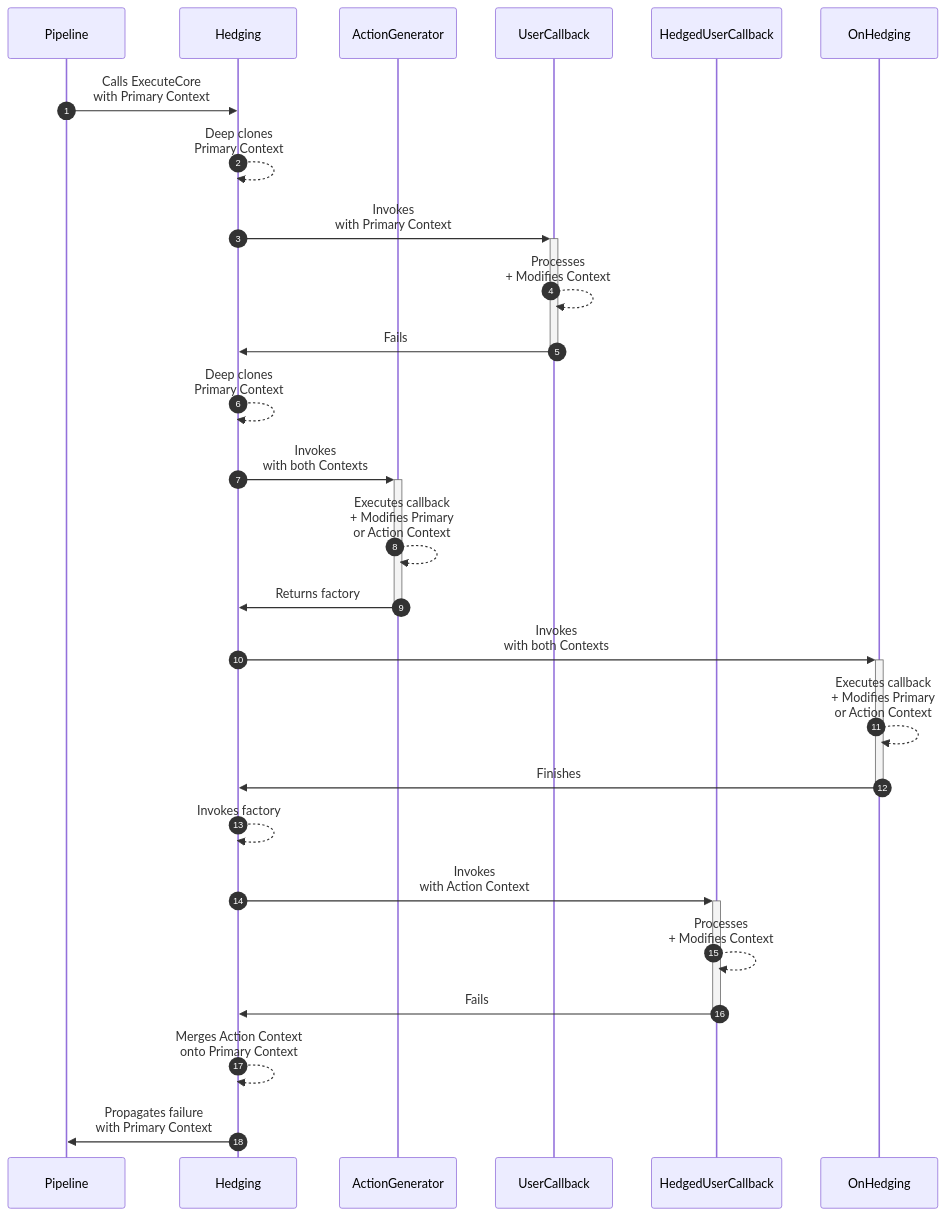
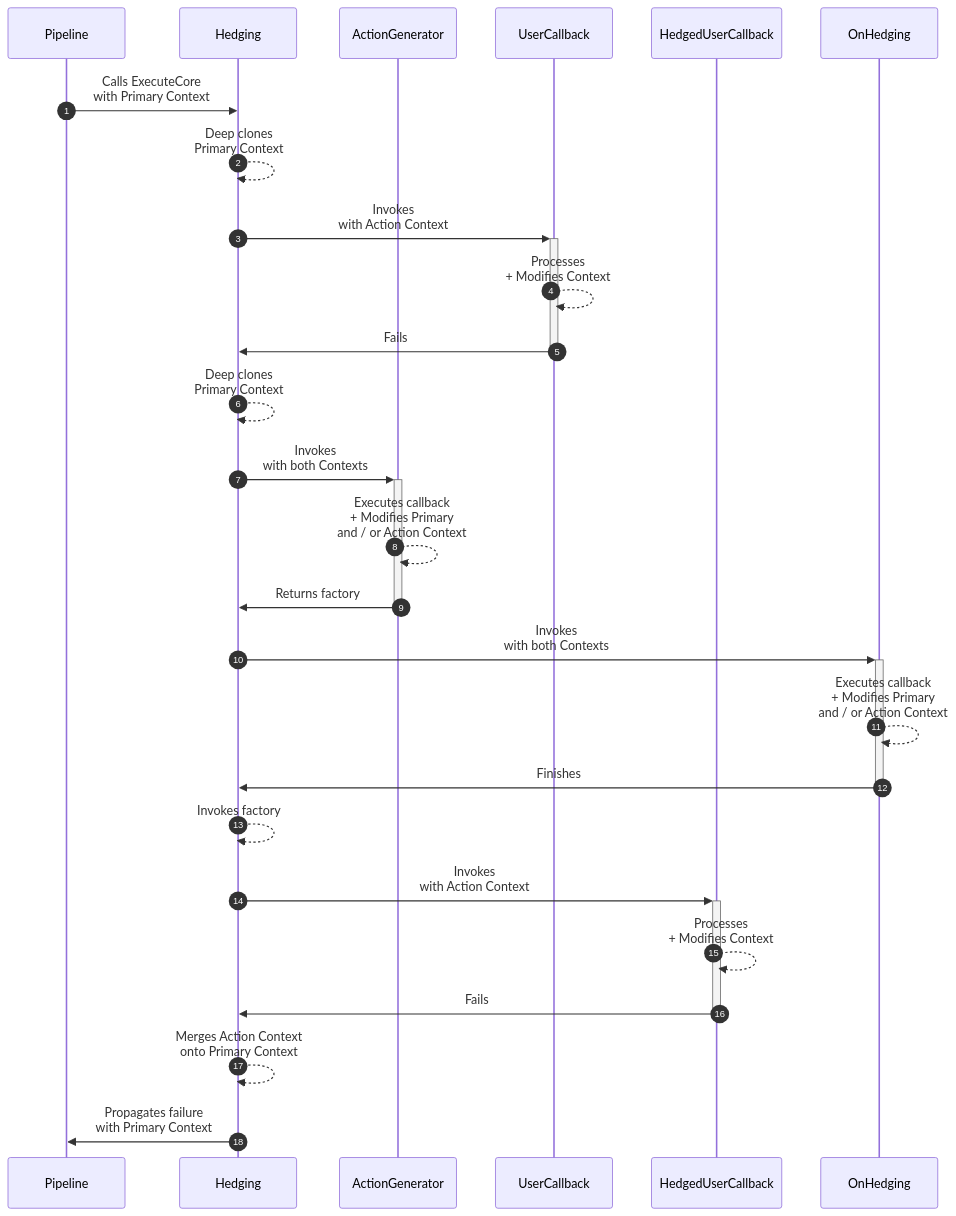
Before and after one commit to App-vNext/Polly: the ninth of 10 diagrams in docs/strategies/hedging.md, drawn with Mermaid.

Commit message:
Update diagram due to recent changes

````diff
--- a/docs/strategies/hedging.md
+++ b/docs/strategies/hedging.md
@@ -478,34 +478,34 @@
 ```mermaid
 sequenceDiagram
     autonumber
     participant P as Pipeline
     participant H as Hedging
     participant AG as ActionGenerator
     participant UC as UserCallback
     participant HUC as HedgedUserCallback
     participant OH as OnHedging
 
     P->>H: Calls ExecuteCore <br/>with Primary Context
     H-->>H: Deep clones <br/>Primary Context
 
-    H->>+UC: Invokes <br/>with Primary Context
+    H->>+UC: Invokes <br/>with Action Context
     UC-->>UC: Processes <br/>+ Modifies Context
     UC->>-H: Fails
 
     H-->>H: Deep clones <br/>Primary Context
     H->>+AG: Invokes <br/>with both Contexts
-    AG-->>AG: Executes callback <br/>+ Modifies Primary <br/> or Action Context
+    AG-->>AG: Executes callback <br/>+ Modifies Primary <br/> and / or Action Context
     AG->>-H: Returns factory
 
     H->>+OH: Invokes <br/>with both Contexts
-    OH-->>OH: Executes callback <br/>+ Modifies Primary <br/> or Action Context
+    OH-->>OH: Executes callback <br/>+ Modifies Primary <br/> and / or Action Context
     OH->>-H: Finishes
 
     H-->>H: Invokes factory
     H->>+HUC: Invokes <br/>with Action Context
     HUC-->>HUC: Processes <br/>+ Modifies Context
     HUC->>-H: Fails
 
     H-->>H: Merges Action Context <br/>onto Primary Context
     H->>P: Propagates failure <br/>with Primary Context
 ```
````
